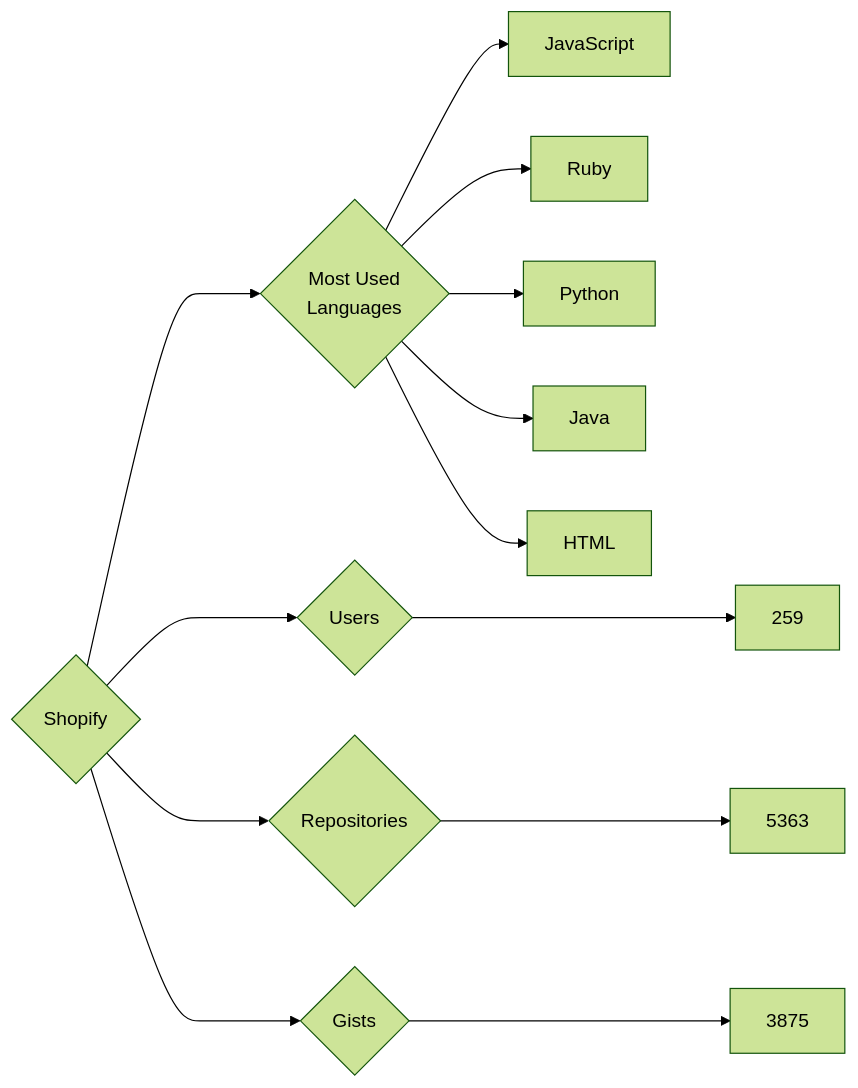
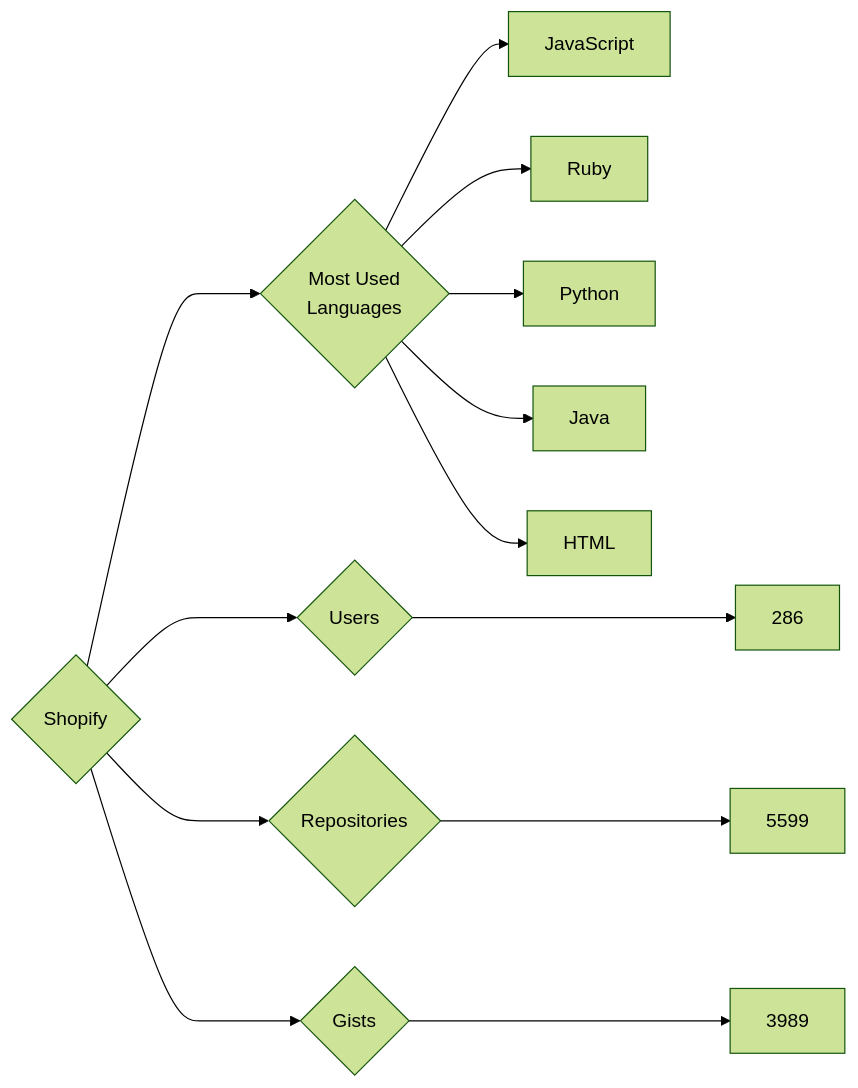
Before and after one commit to trickest/insiders: the diagram in targets/Shopify/README.md, drawn with Mermaid (forest theme). The commit also changed 886 other files, not shown here.

````diff
--- a/targets/Shopify/README.md
+++ b/targets/Shopify/README.md
@@ -3,13 +3,13 @@
 ```mermaid
 graph LR
 COMPANY_NAME{Shopify}
-COMPANY_NAME ---> U{Users} ---> UN[259]
-COMPANY_NAME ---> R{Repositories} ---> RN[5363]
-COMPANY_NAME ---> G{Gists} ---> GN[3875]
+COMPANY_NAME ---> U{Users} ---> UN[286]
+COMPANY_NAME ---> R{Repositories} ---> RN[5599]
+COMPANY_NAME ---> G{Gists} ---> GN[3989]
 COMPANY_NAME ---> ML{Most Used<br>Languages}
 ML --> JavaScript[JavaScript]
 ML --> Ruby[Ruby]
 ML --> Python[Python]
 ML --> Java[Java]
 ML --> HTML[HTML]
 ```
````
